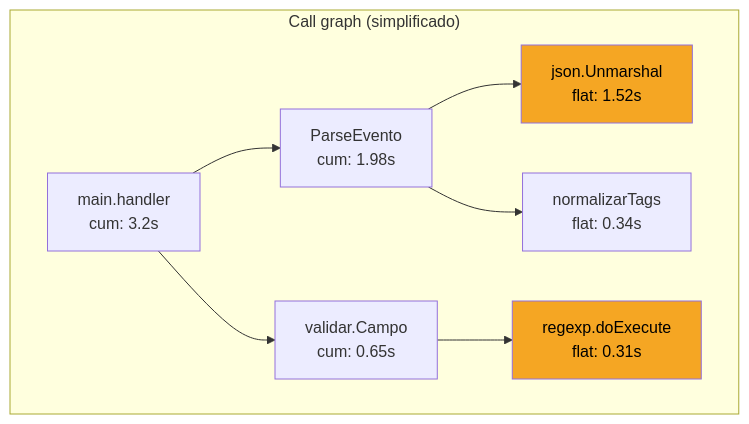
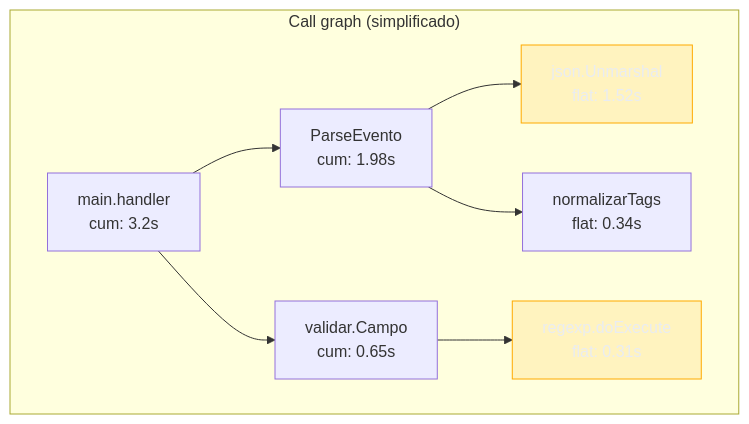
Before and after one commit to josenaldo/codex-technomanticus: the second of 2 diagrams in 03-Dominios/Tecnologia/Go/16 - Observabilidade/04 - Analisando profiles.md, drawn with Mermaid. The commit also changed other lines of this file and 1181 other files, not shown here.

First line of the commit message:
fix(diagramas): paleta do sistema no lugar de cor cravada no markdown

````diff
--- a/03-Dominios/Tecnologia/Go/16 - Observabilidade/04 - Analisando profiles.md
+++ b/03-Dominios/Tecnologia/Go/16 - Observabilidade/04 - Analisando profiles.md
@@ -118,13 +120,14 @@
 ```mermaid
 flowchart TB
+    classDef destaque fill:#FFAA0024,stroke:#FFAA00,color:#E9ECF2
     subgraph "Call graph (simplificado)"
         main["main.handler\ncum: 3.2s"] --> parse["ParseEvento\ncum: 1.98s"]
         main --> valid["validar.Campo\ncum: 0.65s"]
         parse --> json["json.Unmarshal\nflat: 1.52s"]
         parse --> tags["normalizarTags\nflat: 0.34s"]
         valid --> regex["regexp.doExecute\nflat: 0.31s"]
     end
 
-    style json fill:#F5A623,color:#000
-    style regex fill:#F5A623,color:#000
+    class json destaque
+    class regex destaque
 ```
````
